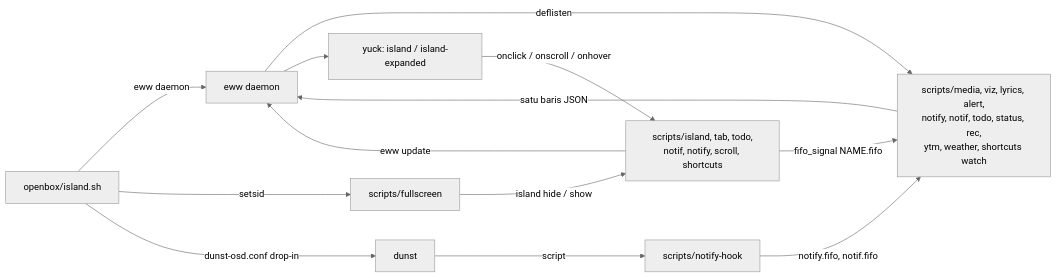
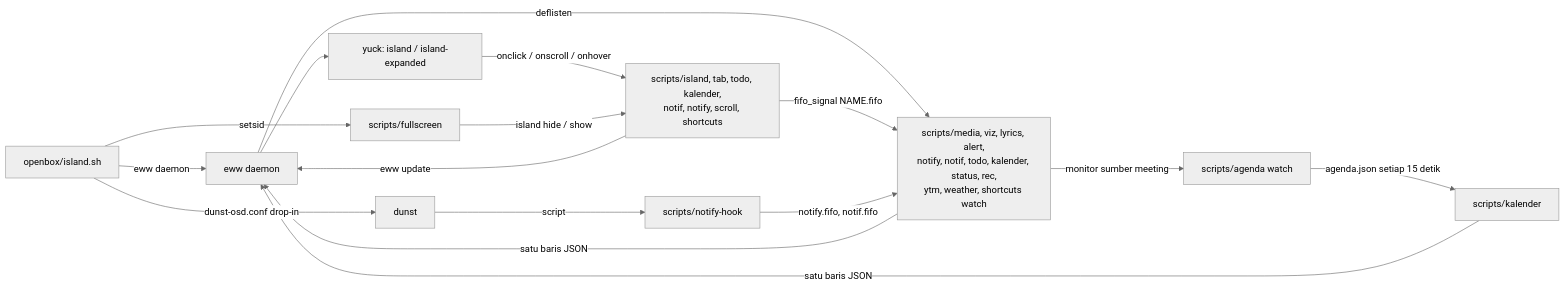
The diagram in docs/architecture.md (ardzz/openbox-island), drawn with Mermaid (neutral theme) before and after one commit. The commit also changed other lines of this file and 26 other files, not shown here.

Commit message:
feat(ui): add the Kalender tab

````diff
--- a/docs/architecture.md
+++ b/docs/architecture.md
@@ -18,15 +18,18 @@
 ```mermaid
 flowchart LR
   L[openbox/island.sh] -->|eww daemon| D[eww daemon]
   L -->|setsid| FS[scripts/fullscreen]
   L -->|dunst-osd.conf drop-in| DU[dunst]
-  D -->|deflisten| S["scripts/media, viz, lyrics, alert,<br/>notify, notif, todo, status, rec,<br/>ytm, weather, shortcuts watch"]
+  D -->|deflisten| S["scripts/media, viz, lyrics, alert,<br/>notify, notif, todo, kalender, status, rec,<br/>ytm, weather, shortcuts watch"]
   S -->|satu baris JSON| D
   D --> W[yuck: island / island-expanded]
-  W -->|onclick / onscroll / onhover| C["scripts/island, tab, todo,<br/>notif, notify, scroll, shortcuts"]
+  W -->|onclick / onscroll / onhover| C["scripts/island, tab, todo, kalender,<br/>notif, notify, scroll, shortcuts"]
   C -->|fifo_signal NAME.fifo| S
   C -->|eww update| D
   DU -->|script| H[scripts/notify-hook]
   H -->|notify.fifo, notif.fifo| S
   FS -->|island hide / show| C
+  S -->|monitor sumber meeting| A[scripts/agenda watch]
+  A -->|agenda.json setiap 15 detik| K[scripts/kalender]
+  K -->|satu baris JSON| D
 ```
````
